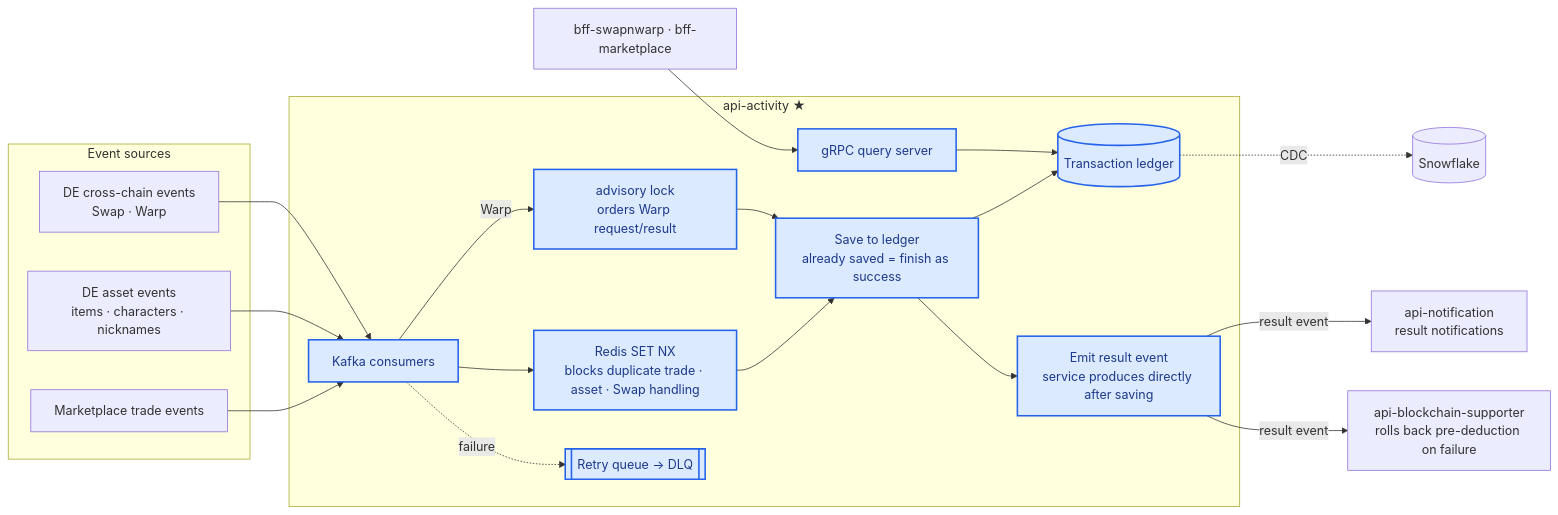
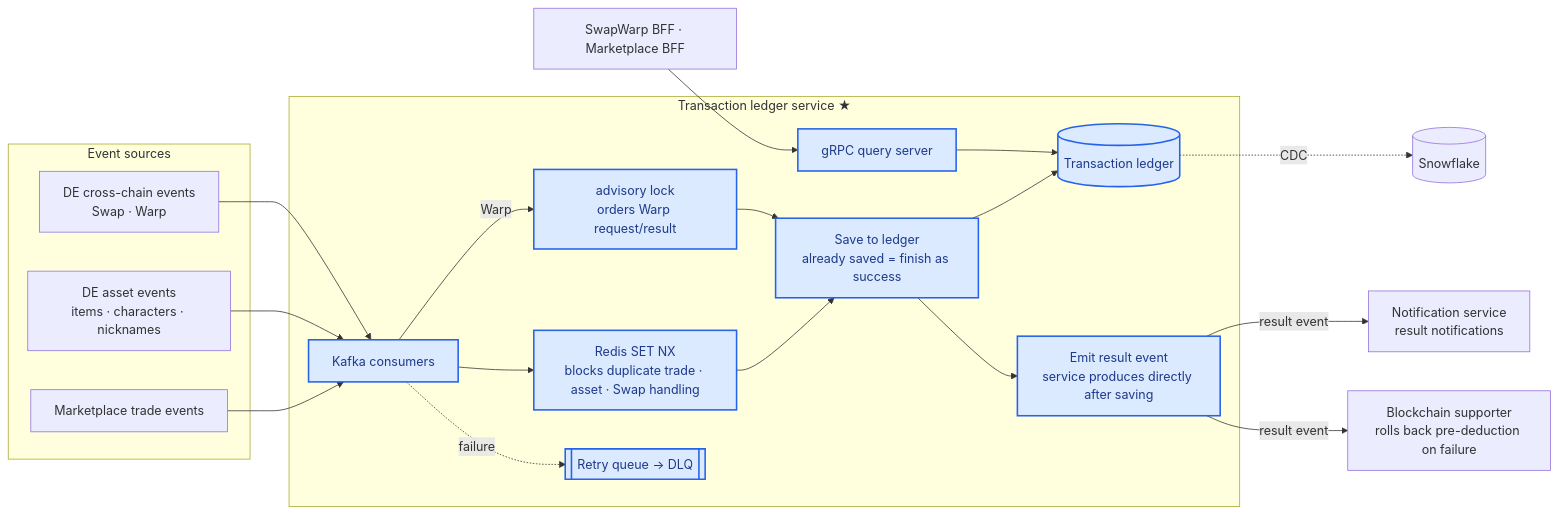
Before and after one commit to shalwxy/career: the diagram in content/diagrams/activity.en.mmd, drawn with Mermaid. The commit also changed 24 other files, not shown here.

```diff
--- a/content/diagrams/activity.en.mmd
+++ b/content/diagrams/activity.en.mmd
@@ -1,33 +1,33 @@
-%% title: api-activity — transaction ledger ingest · query · notify
+%% title: Transaction ledger service — ingest · query · notify
 flowchart LR
     subgraph IN[Event sources]
         MK[Marketplace trade events]
         DE1[DE asset events<br/>items · characters · nicknames]
         DE2[DE cross-chain events<br/>Swap · Warp]
     end
-    subgraph ACT[api-activity ★]
+    subgraph ACT[Transaction ledger service ★]
         C[Kafka consumers]
         DD[Redis SET NX<br/>blocks duplicate trade · asset · Swap handling]
         LK[advisory lock<br/>orders Warp request/result]
         W[Save to ledger<br/>already saved = finish as success]
         DB[(Transaction ledger)]
         PUB[Emit result event<br/>service produces directly after saving]
         Q[gRPC query server]
         RT[[Retry queue → DLQ]]
     end
-    N[api-notification<br/>result notifications]
-    BCS[api-blockchain-supporter<br/>rolls back pre-deduction on failure]
-    B[bff-swapnwarp · bff-marketplace]
+    N[Notification service<br/>result notifications]
+    BCS[Blockchain supporter<br/>rolls back pre-deduction on failure]
+    B[SwapWarp BFF · Marketplace BFF]
     SF[(Snowflake)]
     MK & DE1 --> C
     DE2 --> C
     C --> DD --> W
     C -- Warp --> LK --> W
     W --> DB
     W --> PUB
     C -. failure .-> RT
     PUB -- result event --> N & BCS
     DB -. CDC .-> SF
     B --> Q --> DB
     classDef mine fill:#dbeafe,stroke:#2563eb,stroke-width:2px,color:#1e3a8a
     class C,DD,LK,W,DB,PUB,Q,RT mine
```
